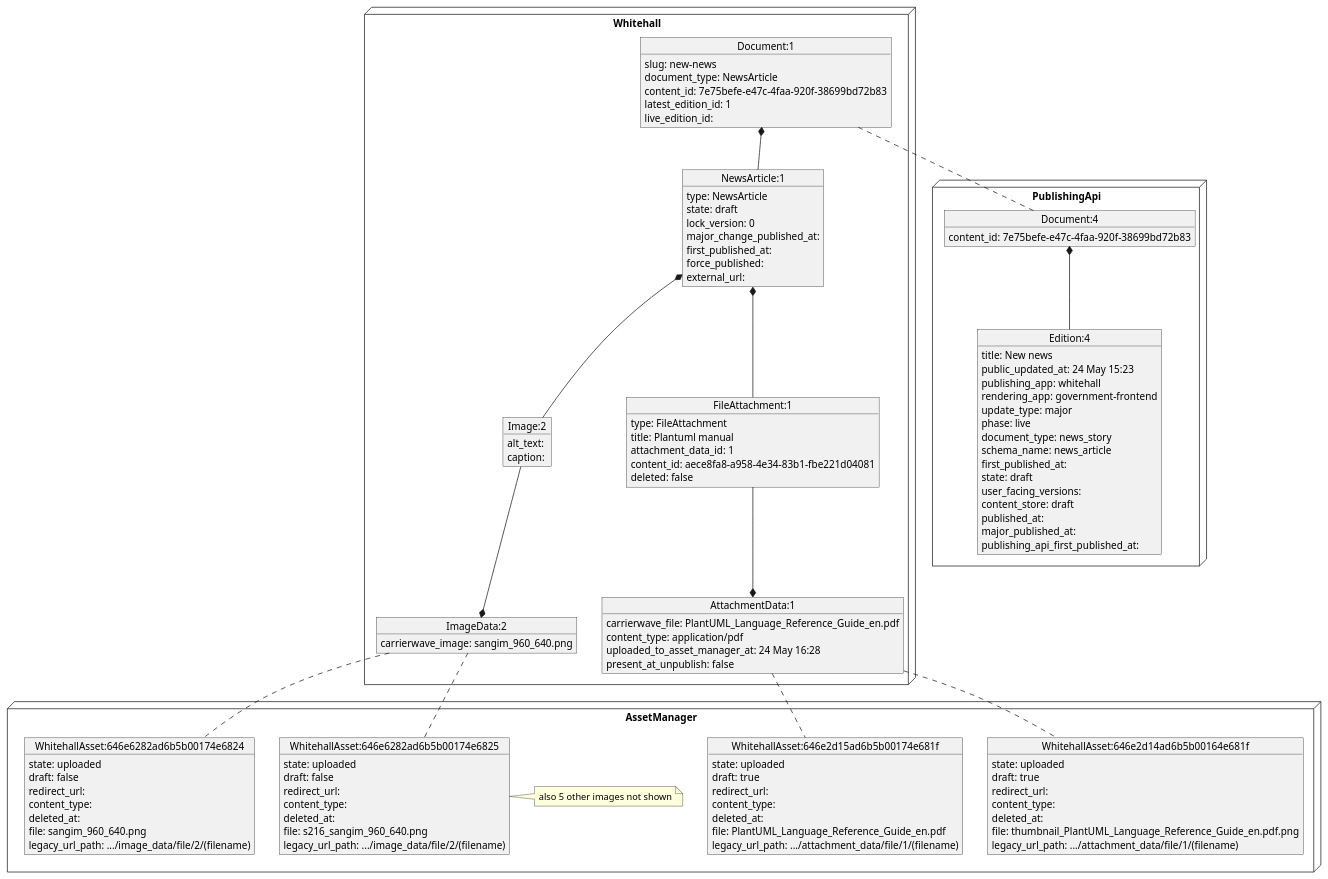
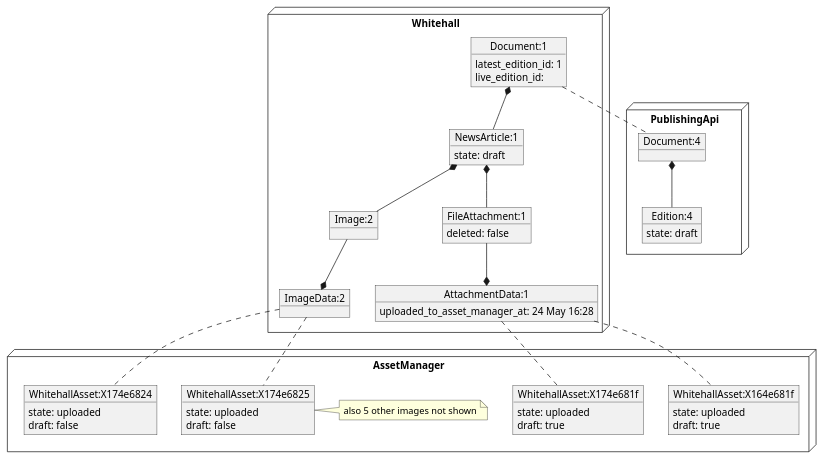
The diagram in docs/diagrams/asset_management/asset_scenarios/new_document_with_attachments/5_uploaded_image.puml (alphagov/whitehall), drawn with PlantUML before and after one commit. The commit also changed 32 other files, not shown here.

First line of the commit message:
Added markdown and plantuml docs for asset state change scenarios

```diff
--- a/docs/diagrams/asset_management/asset_scenarios/new_document_with_attachments/5_uploaded_image.puml
+++ b/docs/diagrams/asset_management/asset_scenarios/new_document_with_attachments/5_uploaded_image.puml
@@ -1,120 +1,66 @@
 @startuml
 node Whitehall {
 object "Document:1" as Document_1 {
-  slug: new-news
-  document_type: NewsArticle
-  content_id: 7e75befe-e47c-4faa-920f-38699bd72b83
   latest_edition_id: 1
   live_edition_id:
 }
 together {
 object "NewsArticle:1" as NewsArticle_1 {
-  type: NewsArticle
   state: draft
-  lock_version: 0
-  major_change_published_at:
-  first_published_at:
-  force_published:
-  external_url:
 }
 Document_1 *-- NewsArticle_1
 object "FileAttachment:1" as FileAttachment_1 {
-  type: FileAttachment
-  title: Plantuml manual
-  attachment_data_id: 1
-  content_id: aece8fa8-a958-4e34-83b1-fbe221d04081
   deleted: false
 }
 NewsArticle_1 *-- FileAttachment_1
 object "Image:2" as Image_2 {
-  alt_text:
-  caption:
 }
 NewsArticle_1 *-- Image_2
 }
 object "AttachmentData:1" as AttachmentData_1 {
-  carrierwave_file: PlantUML_Language_Reference_Guide_en.pdf
-  content_type: application/pdf
   uploaded_to_asset_manager_at: 24 May 16:28
-  present_at_unpublish: false
 }
 AttachmentData_1 *-u- FileAttachment_1
 object "ImageData:2" as ImageData_2 {
-  carrierwave_image: sangim_960_640.png
 }
 ImageData_2 *-u- Image_2
 }
 node PublishingApi {
 object "Document:4" as pubapi_Document_4 {
-  content_id: 7e75befe-e47c-4faa-920f-38699bd72b83
 }
 object "Edition:4" as pubapi_Edition_4 {
-  title: New news
-  public_updated_at: 24 May 15:23
-  publishing_app: whitehall
-  rendering_app: government-frontend
-  update_type: major
-  phase: live
-  document_type: news_story
-  schema_name: news_article
-  first_published_at:
   state: draft
-  user_facing_versions:
-  content_store: draft
-  published_at:
-  major_published_at:
-  publishing_api_first_published_at:
 }
 pubapi_Document_4 *-- pubapi_Edition_4
 }
 node AssetManager {
 together {
-object "WhitehallAsset:646e2d14ad6b5b00164e681f" as am_WhitehallAsset_646e2d14ad6b5b00164e681f {
+object "WhitehallAsset:X164e681f" as am_WhitehallAsset_X164e681f {
   state: uploaded
   draft: true
-  redirect_url:
-  content_type:
-  deleted_at:
-  file: thumbnail_PlantUML_Language_Reference_Guide_en.pdf.png
-  legacy_url_path: .../attachment_data/file/1/(filename)
 }
-object "WhitehallAsset:646e2d15ad6b5b00174e681f" as am_WhitehallAsset_646e2d15ad6b5b00174e681f {
+object "WhitehallAsset:X174e681f" as am_WhitehallAsset_X174e681f {
   state: uploaded
   draft: true
-  redirect_url:
-  content_type:
-  deleted_at:
-  file: PlantUML_Language_Reference_Guide_en.pdf
-  legacy_url_path: .../attachment_data/file/1/(filename)
 }
 }
 together {
-object "WhitehallAsset:646e6282ad6b5b00174e6824" as am_WhitehallAsset_646e6282ad6b5b00174e6824 {
+object "WhitehallAsset:X174e6824" as am_WhitehallAsset_X174e6824 {
   state: uploaded
   draft: false
-  redirect_url:
-  content_type:
-  deleted_at:
-  file: sangim_960_640.png
-  legacy_url_path: .../image_data/file/2/(filename)
 }
-object "WhitehallAsset:646e6282ad6b5b00174e6825" as am_WhitehallAsset_646e6282ad6b5b00174e6825 {
+object "WhitehallAsset:X174e6825" as am_WhitehallAsset_X174e6825 {
   state: uploaded
   draft: false
-  redirect_url:
-  content_type:
-  deleted_at:
-  file: s216_sangim_960_640.png
-  legacy_url_path: .../image_data/file/2/(filename)
 }
 note right
  also 5 other images not shown
 end note
 }
 }
 Document_1 .. pubapi_Document_4
-AttachmentData_1 .. am_WhitehallAsset_646e2d14ad6b5b00164e681f
-AttachmentData_1 .. am_WhitehallAsset_646e2d15ad6b5b00174e681f
-ImageData_2 .. am_WhitehallAsset_646e6282ad6b5b00174e6824
-ImageData_2 .. am_WhitehallAsset_646e6282ad6b5b00174e6825
+AttachmentData_1 .. am_WhitehallAsset_X164e681f
+AttachmentData_1 .. am_WhitehallAsset_X174e681f
+ImageData_2 .. am_WhitehallAsset_X174e6824
+ImageData_2 .. am_WhitehallAsset_X174e6825
 @enduml
```
